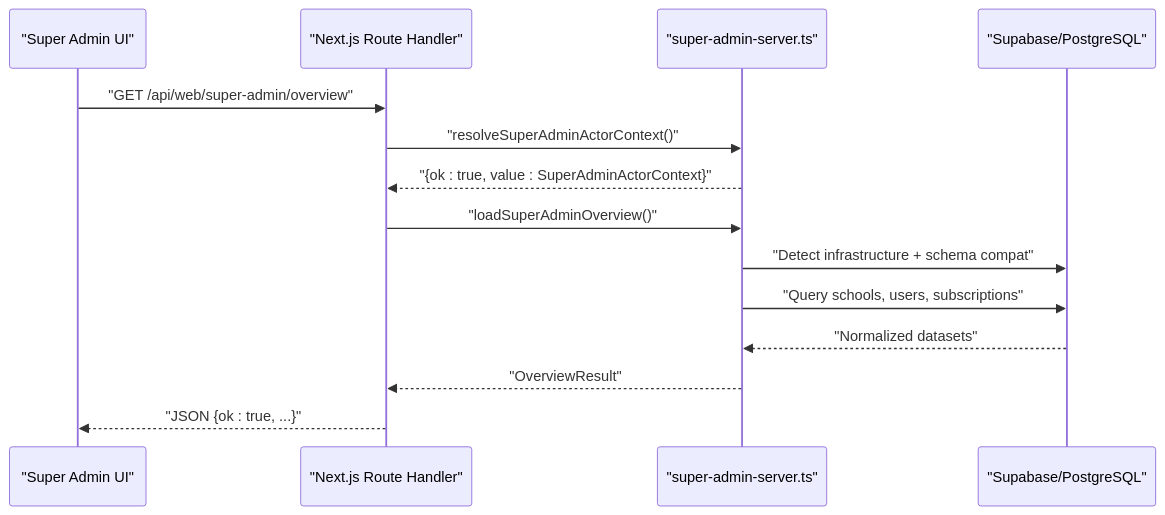
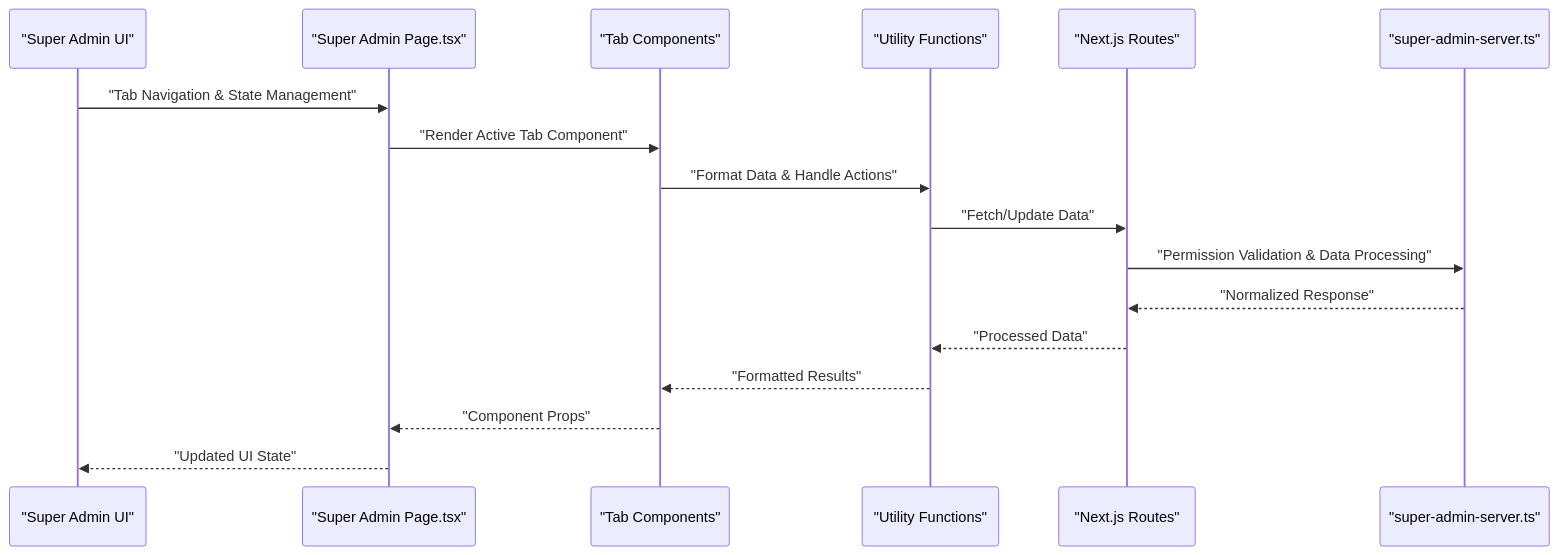
The second of 5 diagrams in .qoder/repowiki/en/content/Multi-Tenant Management/Super Admin Functionality.md (mustafaalkusaj/appschoolmustafa2002), drawn with Mermaid before and after one commit. The commit also changed other lines of this file and 85 other files, not shown here.

````diff
--- a/.qoder/repowiki/en/content/Multi-Tenant Management/Super Admin Functionality.md
+++ b/.qoder/repowiki/en/content/Multi-Tenant Management/Super Admin Functionality.md
@@ -105,16 +126,19 @@
 ```mermaid
 sequenceDiagram
 participant Client as "Super Admin UI"
-participant API as "Next.js Route Handler"
-participant Util as "super-admin-server.ts"
-participant DB as "Supabase/PostgreSQL"
-Client->>API : "GET /api/web/super-admin/overview"
-API->>Util : "resolveSuperAdminActorContext()"
-Util-->>API : "{ok : true, value : SuperAdminActorContext}"
-API->>Util : "loadSuperAdminOverview()"
-Util->>DB : "Detect infrastructure + schema compat"
-Util->>DB : "Query schools, users, subscriptions"
-DB-->>Util : "Normalized datasets"
-Util-->>API : "OverviewResult"
-API-->>Client : "JSON {ok : true, ...}"
+participant Page as "Super Admin Page.tsx"
+participant Tabs as "Tab Components"
+participant Utils as "Utility Functions"
+participant API as "Next.js Routes"
+participant Server as "super-admin-server.ts"
+Client->>Page : "Tab Navigation & State Management"
+Page->>Tabs : "Render Active Tab Component"
+Tabs->>Utils : "Format Data & Handle Actions"
+Utils->>API : "Fetch/Update Data"
+API->>Server : "Permission Validation & Data Processing"
+Server-->>API : "Normalized Response"
+API-->>Utils : "Processed Data"
+Utils-->>Tabs : "Formatted Results"
+Tabs-->>Page : "Component Props"
+Page-->>Client : "Updated UI State"
 ```
````
